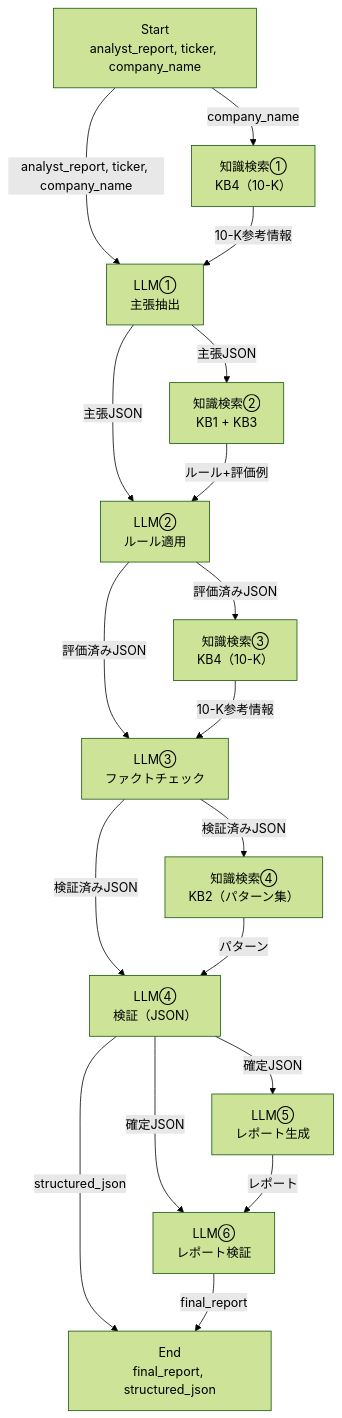
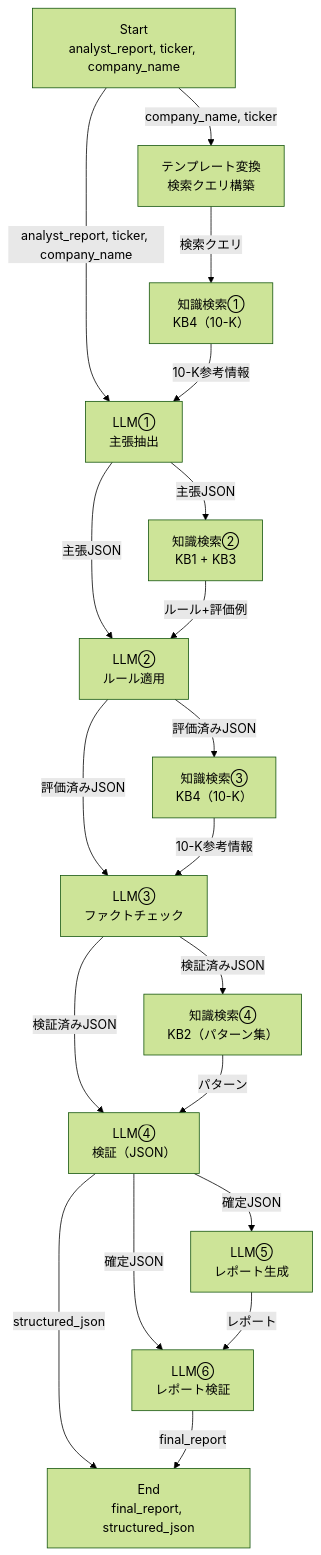
The first of 5 diagrams in analyst/dify/dify_operation_guide.md (YH-05/finance), drawn with Mermaid (forest theme) before and after one commit. The commit also changed other lines of this file, not shown here.

First line of the commit message:
docs: Dify操作ガイドにテンプレート変換ノード（検索クエリ構築）を追加

````diff
--- a/analyst/dify/dify_operation_guide.md
+++ b/analyst/dify/dify_operation_guide.md
@@ -266,44 +269,46 @@
 ```mermaid
 graph TD
     Start["Start<br/>analyst_report, ticker, company_name"]
 
+    TT1["テンプレート変換<br/>検索クエリ構築"]
     KR1["知識検索①<br/>KB4（10-K）"]
     LLM1["LLM①<br/>主張抽出"]
 
     KR2["知識検索②<br/>KB1 + KB3"]
     LLM2["LLM②<br/>ルール適用"]
 
     KR3["知識検索③<br/>KB4（10-K）"]
     LLM3["LLM③<br/>ファクトチェック"]
 
     KR4["知識検索④<br/>KB2（パターン集）"]
     LLM4["LLM④<br/>検証（JSON）"]
 
     LLM5["LLM⑤<br/>レポート生成"]
     LLM6["LLM⑥<br/>レポート検証"]
 
     End["End<br/>final_report, structured_json"]
 
-    Start -->|company_name| KR1
+    Start -->|company_name, ticker| TT1
+    TT1 -->|検索クエリ| KR1
     Start -->|analyst_report, ticker, company_name| LLM1
     KR1 -->|10-K参考情報| LLM1
 
     LLM1 -->|主張JSON| KR2
     LLM1 -->|主張JSON| LLM2
     KR2 -->|ルール+評価例| LLM2
 
     LLM2 -->|評価済みJSON| KR3
     LLM2 -->|評価済みJSON| LLM3
     KR3 -->|10-K参考情報| LLM3
 
     LLM3 -->|検証済みJSON| KR4
     LLM3 -->|検証済みJSON| LLM4
     KR4 -->|パターン| LLM4
 
     LLM4 -->|確定JSON| LLM5
     LLM4 -->|確定JSON| LLM6
     LLM4 -->|structured_json| End
 
     LLM5 -->|レポート| LLM6
     LLM6 -->|final_report| End
 ```
````
